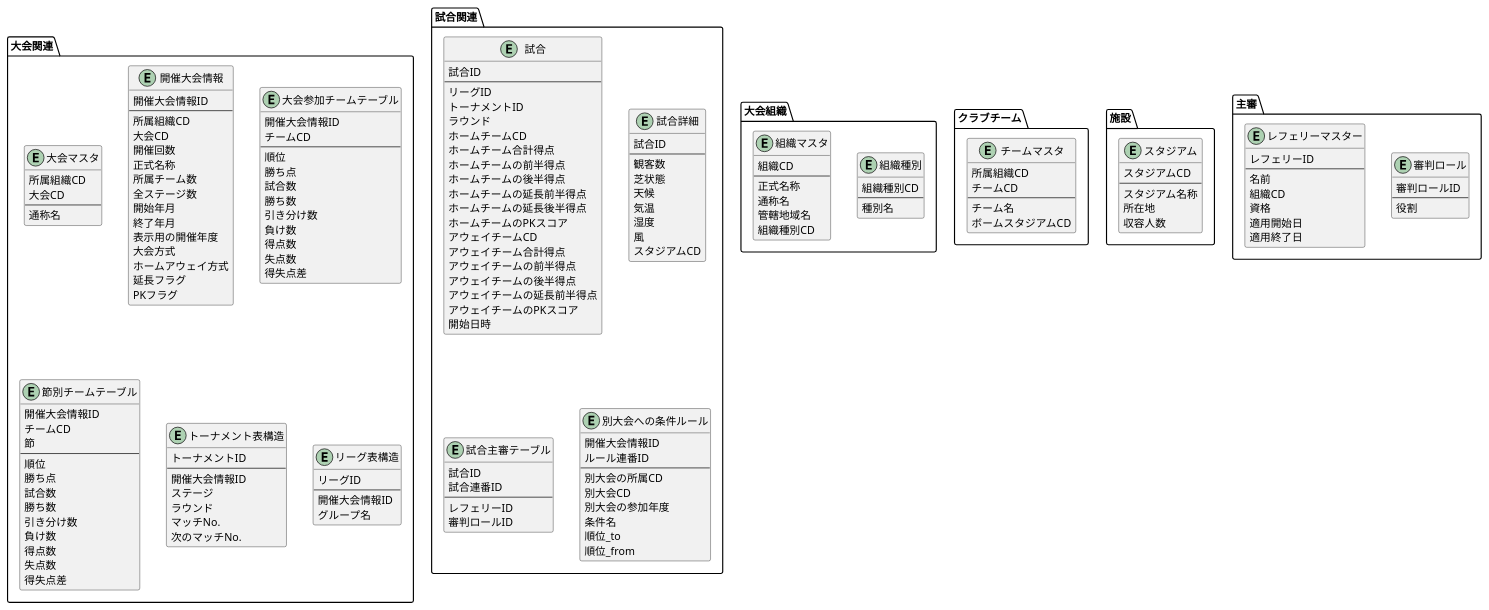
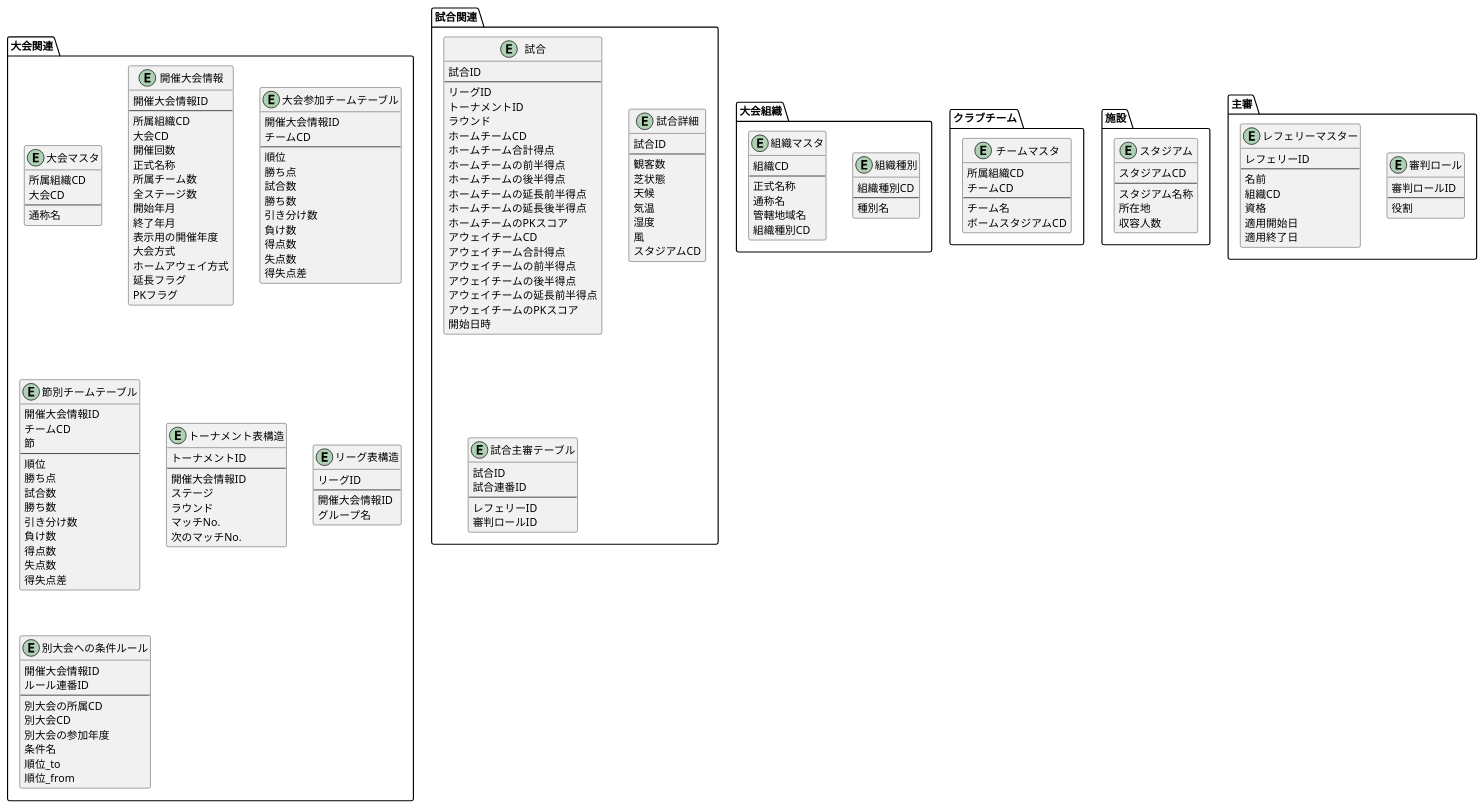
One commit to LCC-SYamada/SocckerDB_PlantUML changed the diagram in soccker_db.puml. Above: the diagram before and after it, drawn with PlantUML. The commit also changed other lines of this file, not shown here.

```diff
--- a/soccker_db.puml
+++ b/soccker_db.puml
@@ -1,188 +1,188 @@
 @startuml
 
 package "大会組織" {
   Entity "組織種別" as OrganizationType {
     組織種別CD
     --
     種別名
   }
 
   Entity "組織マスタ" as Organization {
     組織CD
     --
     正式名称
     通称名
     管轄地域名
     組織種別CD
   }
 }
 
 Package "クラブチーム" {
   Entity "チームマスタ" as Team {
     所属組織CD
     チームCD
     --
     チーム名
     ボームスタジアムCD
   }
 }
 
 Package "施設" {
   Entity "スタジアム" as Stadium {
     スタジアムCD
     --
     スタジアム名称
     所在地
     収容人数
   }
 }
 
 Package "大会関連" {
   Entity "大会マスタ" as Tournament {
     所属組織CD
     大会CD
     --
     通称名
   }
 
   Entity "開催大会情報" as TournamentInfo {
     開催大会情報ID
     --
     所属組織CD
     大会CD
     開催回数
     正式名称
     所属チーム数
     全ステージ数
     開始年月
     終了年月
     表示用の開催年度
     大会方式
     ホームアウェイ方式
     延長フラグ
     PKフラグ
   }
 
   Entity "大会参加チームテーブル" as SeaSonTournament {
     開催大会情報ID
     チームCD
     --
     順位
     勝ち点
     試合数
     勝ち数
     引き分け数
     負け数
     得点数
     失点数
     得失点差  
   }
 
   Entity "節別チームテーブル" as MatchDayRank {
     開催大会情報ID
     チームCD
     節
     --
     順位
     勝ち点
     試合数
     勝ち数
     引き分け数
     負け数
     得点数
     失点数
     得失点差  
   }
 
   Entity "トーナメント表構造" as TournamentTable {
     トーナメントID
     --
     開催大会情報ID
     ステージ
     ラウンド
     マッチNo.
     次のマッチNo.
   }
 
   Entity "リーグ表構造" as LeagueTable {
     リーグID
     --
     開催大会情報ID
     グループ名
   }
+
+  Entity "別大会への条件ルール" as TournamentDetail {
+    開催大会情報ID
+    ルール連番ID
+    --
+    別大会の所属CD
+    別大会CD
+    別大会の参加年度
+    条件名
+    順位_to
+    順位_from
+  }
 }
 
 Package "試合関連" {
   Entity "試合" as Match {
     試合ID
     --
     リーグID
     トーナメントID
     ラウンド
     ホームチームCD
     ホームチーム合計得点
     ホームチームの前半得点
     ホームチームの後半得点
     ホームチームの延長前半得点
     ホームチームの延長後半得点
     ホームチームのPKスコア
     アウェイチームCD
     アウェイチーム合計得点
     アウェイチームの前半得点
     アウェイチームの後半得点
     アウェイチームの延長前半得点
     アウェイチームのPKスコア
     開始日時
   }
   Entity "試合詳細" as MatchInfo {
     試合ID
     --
     観客数
     芝状態
     天候
     気温
     湿度
     風
     スタジアムCD
   }
 
   Entity "試合主審テーブル" as MatchReferee {
     試合ID
     試合連番ID
     --
     レフェリーID
     審判ロールID
   }
-
-  Entity "別大会への条件ルール" as TournamentDetail {
-    開催大会情報ID
-    ルール連番ID
-    --
-    別大会の所属CD
-    別大会CD
-    別大会の参加年度
-    条件名
-    順位_to
-    順位_from
-  }
 }
 
 Package "主審" {
   Entity "審判ロール" as RefereeRole {
     審判ロールID
     --
     役割
   }
 
   Entity "レフェリーマスター" as Referee {
     レフェリーID
     --
     名前
     組織CD
     資格
     適用開始日
     適用終了日
   }
 }
 
 @enduml
```
